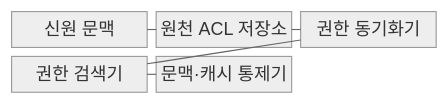
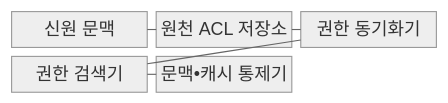
The first of 2 diagrams in src/content/docs/notes/08-latest-tech/085_permission_aware_rag.md (agnusdei1207/knowledge-base), drawn with Mermaid (neutral theme) before and after one commit. The commit also changed other lines of this file and 953 other files, not shown here.

````diff
--- a/src/content/docs/notes/08-latest-tech/085_permission_aware_rag.md
+++ b/src/content/docs/notes/08-latest-tech/085_permission_aware_rag.md
@@ -67,13 +67,13 @@
 ```mermaid
 block-beta
     columns 3
     I["신원 문맥"]
     A["원천 ACL 저장소"]
     S["권한 동기화기"]
     R["권한 검색기"]
-    C["문맥·캐시 통제기"]
+    C["문맥•캐시 통제기"]
     I --- A
     A --- S
     S --- R
     R --- C
 ```
````
